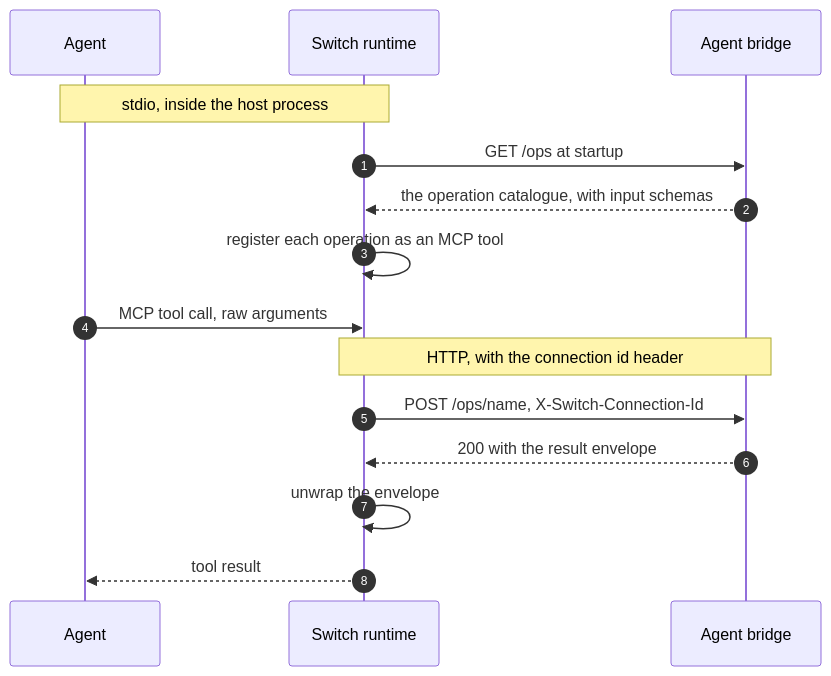
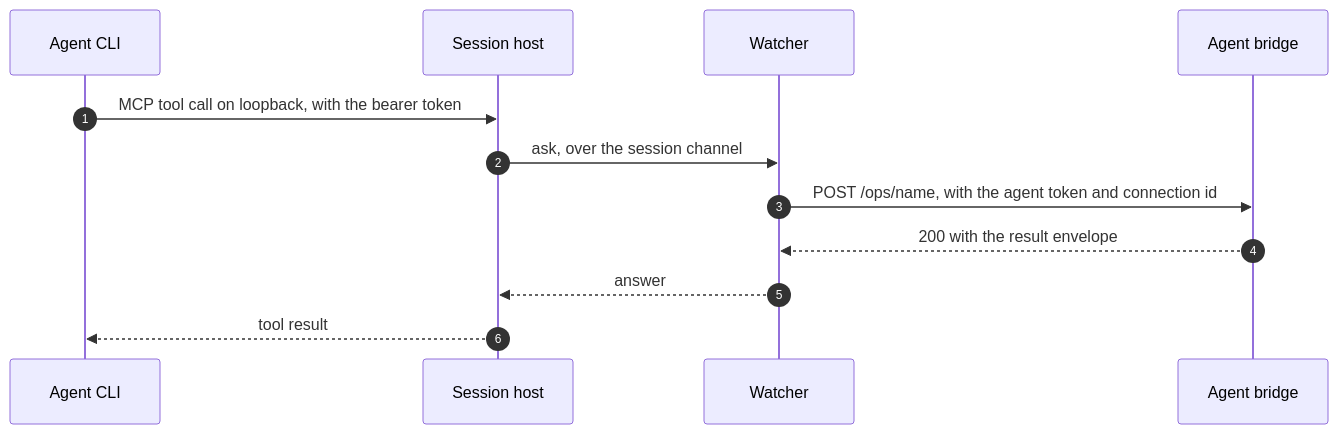
The second of 2 diagrams in docs/official/internals/connectors-and-runtime.md (sandbox-quantum/switch), drawn with Mermaid before and after one commit. The commit also changed other lines of this file and 126 other files, not shown here.

First line of the commit message:
refactor: drop connector plugins and standalone runtime; Console pushes one Switch skill

````diff
--- a/docs/official/internals/connectors-and-runtime.md
+++ b/docs/official/internals/connectors-and-runtime.md
@@ -82,18 +97,15 @@
 ```mermaid
 %%{init: {'themeVariables': {'fontSize': '13px'}}}%%
 sequenceDiagram
   autonumber
-  participant A as Agent
-  participant R as Switch runtime
+  participant A as Agent CLI
+  participant H as Session host
+  participant W as Watcher
   participant B as Agent bridge
-  Note over A,R: stdio, inside the host process
-  R->>B: GET /ops at startup
-  B-->>R: the operation catalogue, with input schemas
-  R->>R: register each operation as an MCP tool
-  A->>R: MCP tool call, raw arguments
-  Note over R,B: HTTP, with the connection id header
-  R->>B: POST /ops/name, X-Switch-Connection-Id
-  B-->>R: 200 with the result envelope
-  R->>R: unwrap the envelope
-  R-->>A: tool result
+  A->>H: MCP tool call on loopback, with the bearer token
+  H->>W: ask, over the session channel
+  W->>B: POST /ops/name, with the agent token and connection id
+  B-->>W: 200 with the result envelope
+  W-->>H: answer
+  H-->>A: tool result
 ```
````
